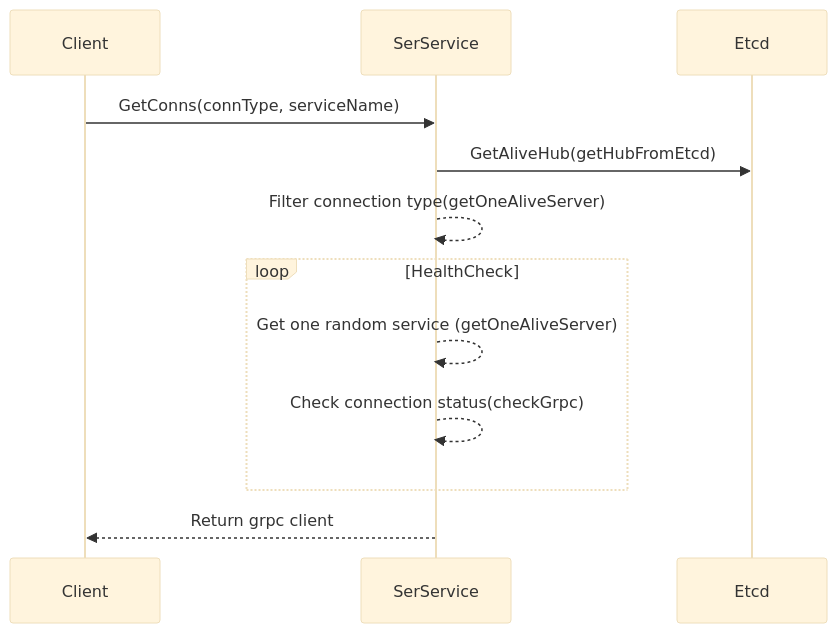
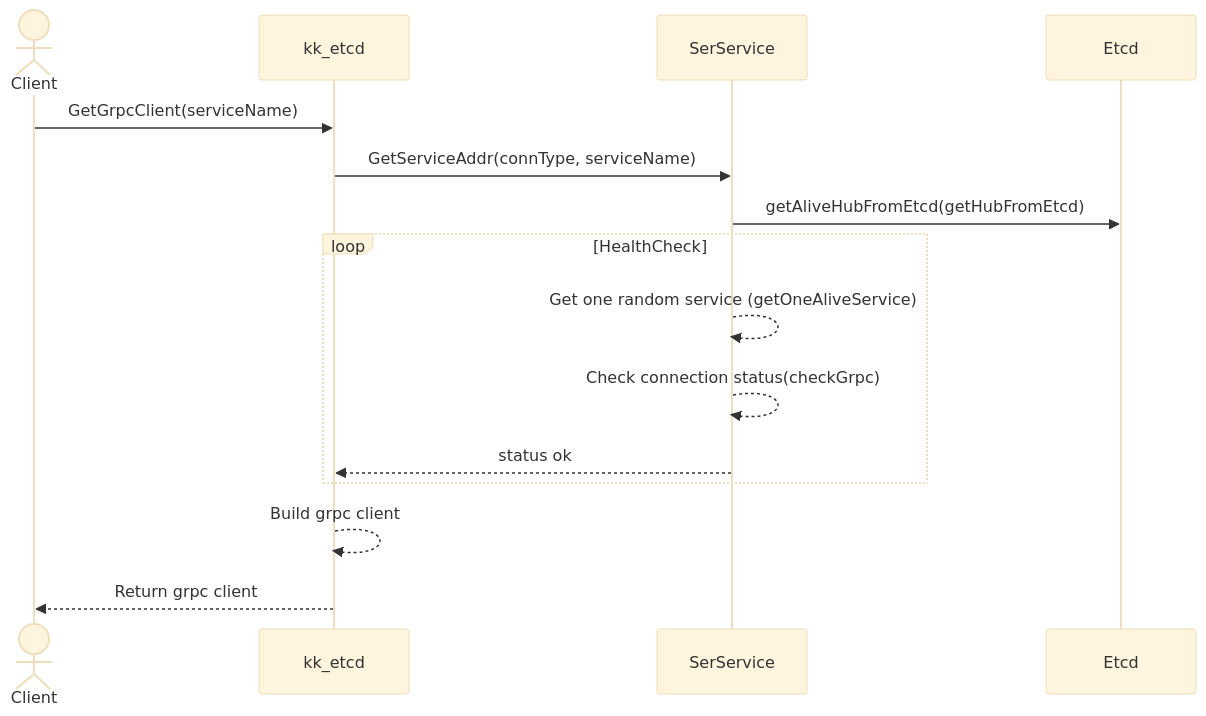
The fifth of 5 diagrams in README.md (cruvie/kk_etcd_go), drawn with Mermaid (base theme) before and after one commit. The commit also changed other lines of this file and 51 other files, not shown here.

````diff
--- a/README.md
+++ b/README.md
@@ -136,11 +155,14 @@
 ```mermaid
 sequenceDiagram
-    Client ->> SerService: GetConns(connType, serviceName)
-    SerService ->> Etcd: GetAliveHub(getHubFromEtcd)
-    SerService -->> SerService: Filter connection type(getOneAliveServer)
+    actor Client
+    Client ->> kk_etcd: GetGrpcClient(serviceName)
+    kk_etcd ->> SerService: GetServiceAddr(connType, serviceName)
+    SerService ->> Etcd: getAliveHubFromEtcd(getHubFromEtcd)
     loop HealthCheck
-        SerService -->> SerService: Get one random service (getOneAliveServer)
+        SerService -->> SerService: Get one random service (getOneAliveService)
         SerService -->> SerService: Check connection status(checkGrpc)
+        SerService -->> kk_etcd: status ok
     end
-    SerService -->> Client: Return grpc client
+    kk_etcd -->> kk_etcd: Build grpc client
+    kk_etcd -->> Client: Return grpc client
 ```
````
